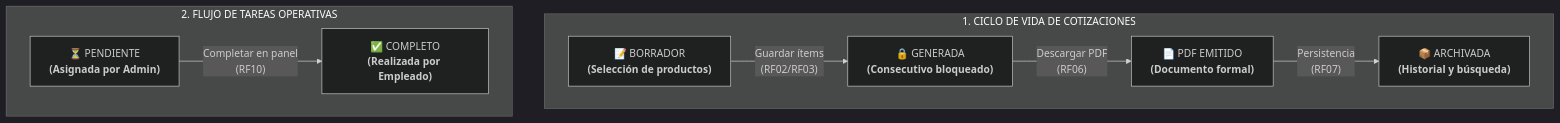
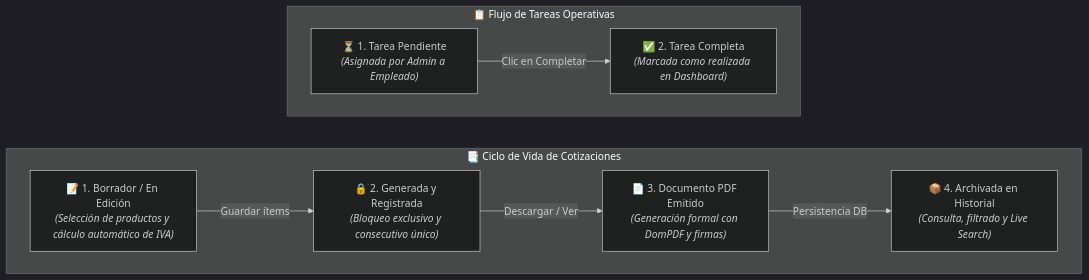
One commit to Santiago072/SistemaSodicol changed the first of 2 diagrams in docs/Especificacion_Requisitos.md. Above: the diagram before and after it, drawn with Mermaid (dark theme).

Commit message:
docs: restaurar diseno original horizontal graph LR del ciclo de vida de cotizaciones y tareas

````diff
--- a/docs/Especificacion_Requisitos.md
+++ b/docs/Especificacion_Requisitos.md
@@ -14,20 +14,22 @@
 ```mermaid
-flowchart TD
-    subgraph COT["1. CICLO DE VIDA DE COTIZACIONES"]
-        C1["📝 BORRADOR<br/><b>(Selección de productos)</b>"]
-        C2["🔒 GENERADA<br/><b>(Consecutivo bloqueado)</b>"]
-        C3["📄 PDF EMITIDO<br/><b>(Documento formal)</b>"]
-        C4["📦 ARCHIVADA<br/><b>(Historial y búsqueda)</b>"]
+graph LR
+    subgraph COTIZACIONES["📑 Ciclo de Vida de Cotizaciones"]
+        direction LR
+        C1["📝 1. Borrador / En Edición<br/><i>(Selección de productos y cálculo automático de IVA)</i>"]
+        C2["🔒 2. Generada y Registrada<br/><i>(Bloqueo exclusivo y consecutivo único)</i>"]
+        C3["📄 3. Documento PDF Emitido<br/><i>(Generación formal con DomPDF y firmas)</i>"]
+        C4["📦 4. Archivada en Historial<br/><i>(Consulta, filtrado y Live Search)</i>"]
 
-        C1 -->|"Guardar ítems<br/>(RF02/RF03)"| C2
-        C2 -->|"Descargar PDF<br/>(RF06)"| C3
-        C3 -->|"Persistencia<br/>(RF07)"| C4
+        C1 -->|"Guardar ítems"| C2
+        C2 -->|"Descargar / Ver"| C3
+        C3 -->|"Persistencia DB"| C4
     end
 
-    subgraph TAR["2. FLUJO DE TAREAS OPERATIVAS"]
-        T1["⏳ PENDIENTE<br/><b>(Asignada por Admin)</b>"]
-        T2["✅ COMPLETO<br/><b>(Realizada por Empleado)</b>"]
+    subgraph TAREAS["📋 Flujo de Tareas Operativas"]
+        direction LR
+        T1["⏳ 1. Tarea Pendiente<br/><i>(Asignada por Admin a Empleado)</i>"]
+        T2["✅ 2. Tarea Completa<br/><i>(Marcada como realizada en Dashboard)</i>"]
 
-        T1 -->|"Completar en panel<br/>(RF10)"| T2
+        T1 -->|"Clic en Completar"| T2
     end
 ```
````
